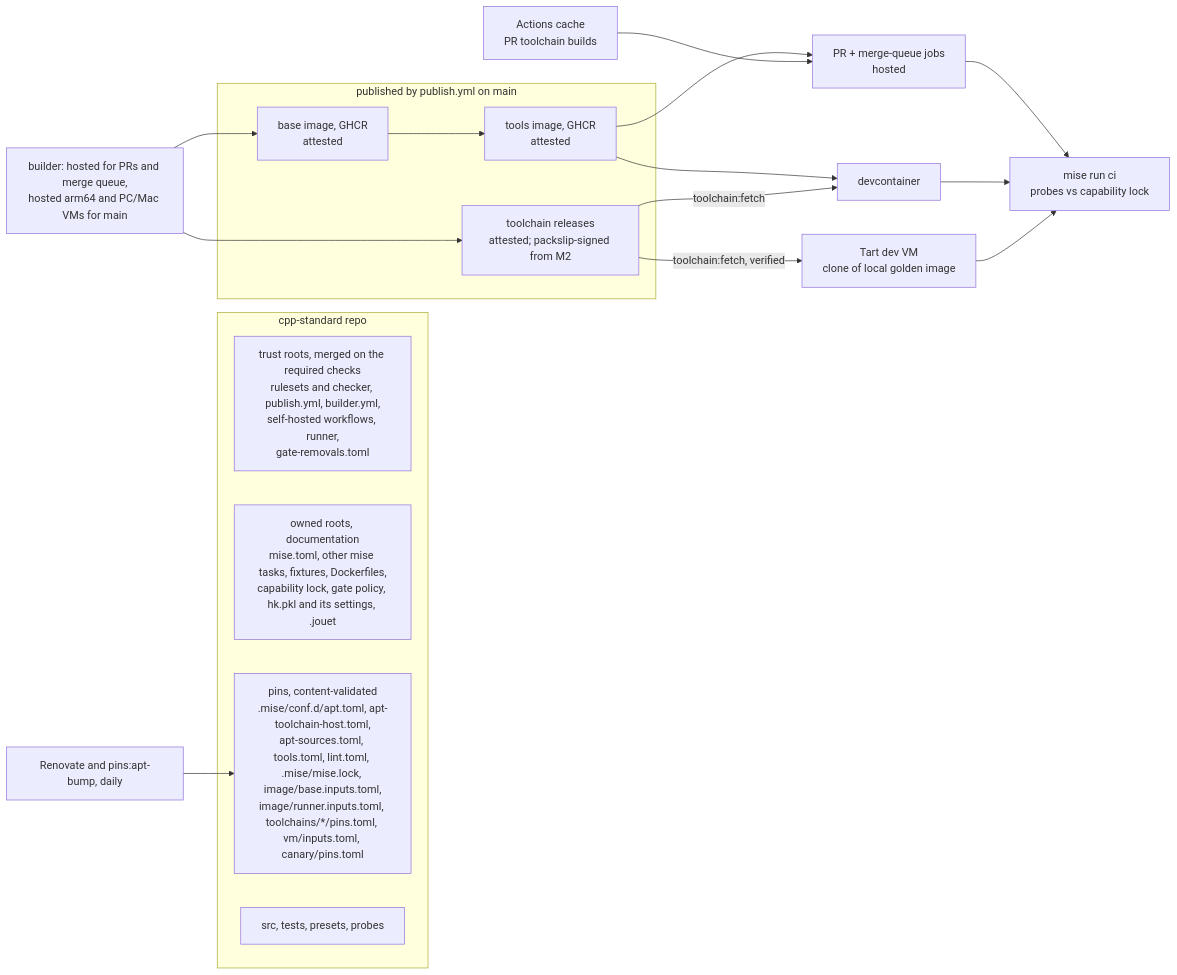
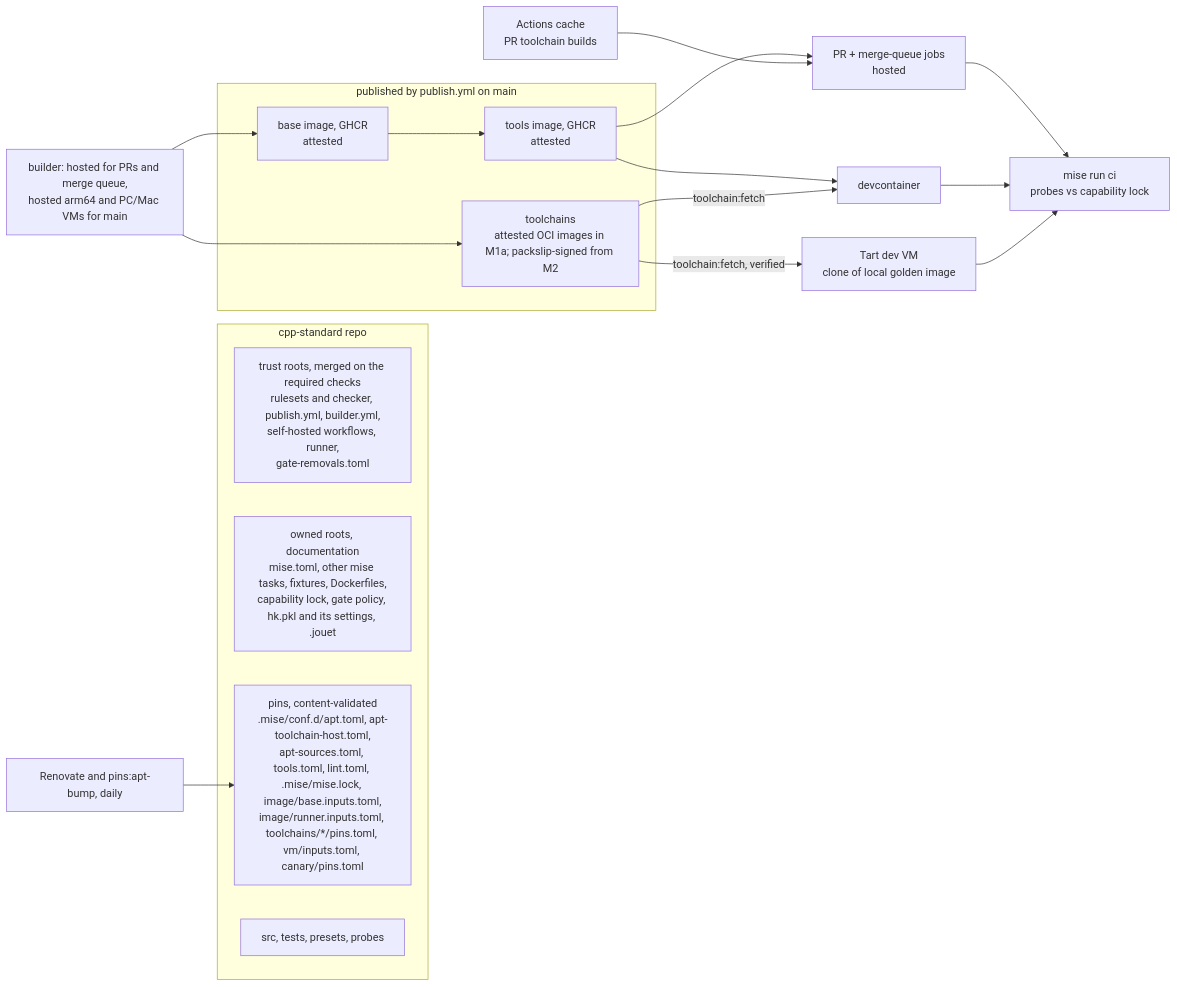
Before and after one commit to ray-manaloto/cpp-standard: the first of 2 diagrams in docs/designs/environment-standard.md, drawn with Mermaid. The commit also changed other lines of this file and 23 other files, not shown here.

First line of the commit message:
feat(toolchain): publish and fetch attested p2996 images

````diff
--- a/docs/designs/environment-standard.md
+++ b/docs/designs/environment-standard.md
@@ -396,26 +396,26 @@
 ```mermaid
 flowchart LR
   subgraph repo[cpp-standard repo]
     TRUST[trust roots, merged on the required checks<br/>rulesets and checker, publish.yml, builder.yml,<br/>self-hosted workflows, runner,<br/>gate-removals.toml]
     OWN[owned roots, documentation<br/>mise.toml, other mise tasks, fixtures, Dockerfiles,<br/>capability lock, gate policy, hk.pkl and its settings, .jouet]
     PINS[pins, content-validated<br/>.mise/conf.d/apt.toml, apt-toolchain-host.toml,<br/>apt-sources.toml, tools.toml, lint.toml, .mise/mise.lock, image/base.inputs.toml,<br/>image/runner.inputs.toml, toolchains/*/pins.toml, vm/inputs.toml, canary/pins.toml]
     CODE[src, tests, presets, probes]
   end
   subgraph out[published by publish.yml on main]
-    TA[toolchain releases<br/>attested; packslip-signed from M2]
+    TA[toolchains<br/>attested OCI images in M1a; packslip-signed from M2]
     BASE[base image, GHCR<br/>attested]
     TOOLS[tools image, GHCR<br/>attested]
   end
   BUILDER[builder: hosted for PRs and merge queue,<br/>hosted arm64 and PC/Mac VMs for main] --> TA
   BUILDER --> BASE --> TOOLS
   TOOLS --> JOB[PR + merge-queue jobs<br/>hosted]
   CACHE[Actions cache<br/>PR toolchain builds] --> JOB
   TA -->|toolchain:fetch, verified| VM
   TOOLS --> DC[devcontainer]
   TA -->|toolchain:fetch| DC
   VM[Tart dev VM<br/>clone of local golden image]
   JOB --> CI[mise run ci<br/>probes vs capability lock]
   DC --> CI
   VM --> CI
   REN[Renovate and pins:apt-bump, daily] --> PINS
 ```
````
